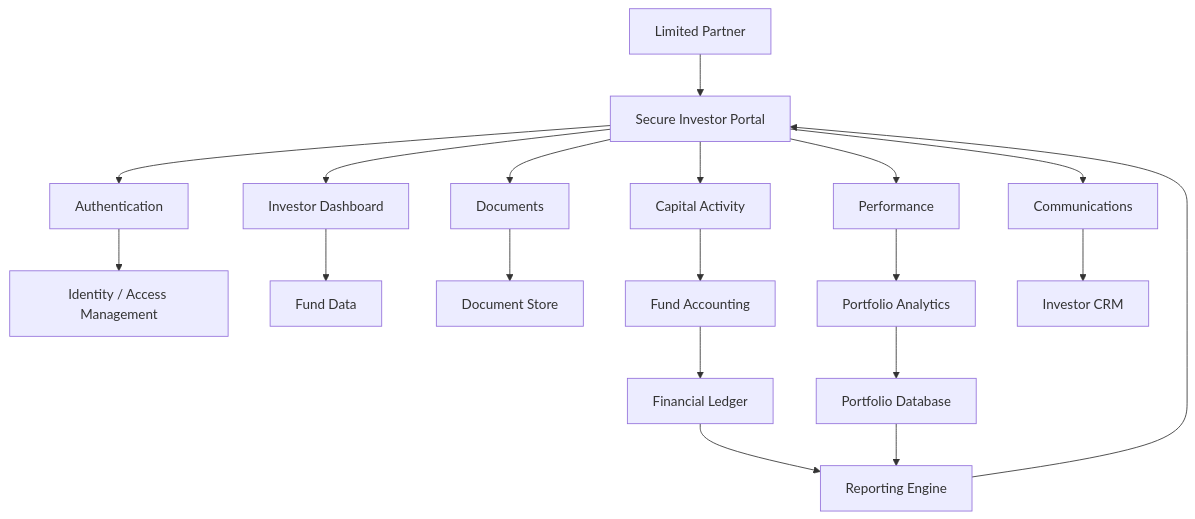
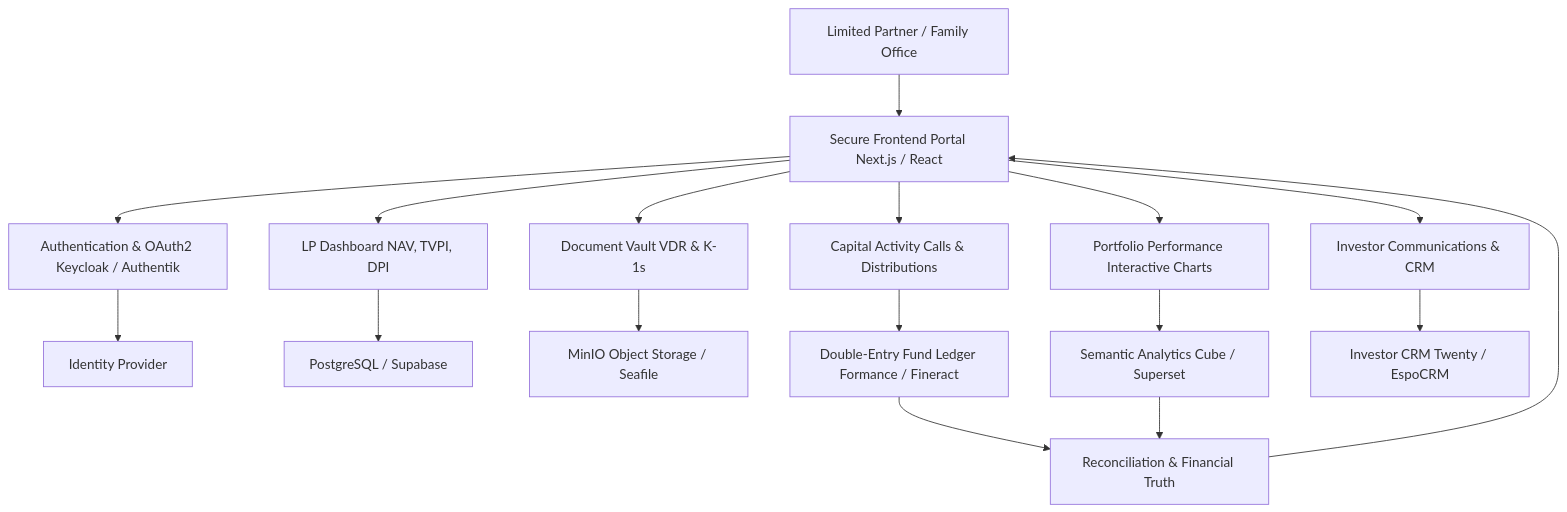
Before and after one commit to ishandutta2007/Awesome-Limited-Partner-Portal: the diagram in README.md, drawn with Mermaid. The commit also changed other lines of this file, not shown here.

````diff
--- a/README.md
+++ b/README.md
@@ -521,28 +317,22 @@
 ```mermaid
 flowchart TD
+    A[Limited Partner / Family Office] --> B[Secure Frontend Portal Next.js / React]
 
-    A[Limited Partner] --> B[Secure Investor Portal]
+    B --> C[Authentication & OAuth2 Keycloak / Authentik]
+    B --> D[LP Dashboard NAV, TVPI, DPI]
+    B --> E[Document Vault VDR & K-1s]
+    B --> F[Capital Activity Calls & Distributions]
+    B --> G[Portfolio Performance Interactive Charts]
+    B --> H[Investor Communications & CRM]
 
-    B --> C[Authentication]
-    B --> D[Investor Dashboard]
-    B --> E[Documents]
-    B --> F[Capital Activity]
-    B --> G[Performance]
-    B --> H[Communications]
+    C --> I[Identity Provider]
+    D --> J[PostgreSQL / Supabase]
+    E --> K[MinIO Object Storage / Seafile]
+    F --> L[Double-Entry Fund Ledger Formance / Fineract]
+    G --> M[Semantic Analytics Cube / Superset]
+    H --> N[Investor CRM Twenty / EspoCRM]
 
-    C --> I[Identity / Access Management]
-
-    D --> J[Fund Data]
-    E --> K[Document Store]
-    F --> L[Fund Accounting]
-    G --> M[Portfolio Analytics]
-    H --> N[Investor CRM]
-
-    L --> O[Financial Ledger]
-    M --> P[Portfolio Database]
-
-    O --> Q[Reporting Engine]
-    P --> Q
-
-    Q --> B
+    L --> O[Reconciliation & Financial Truth]
+    M --> O
+    O --> B
 ```
````
